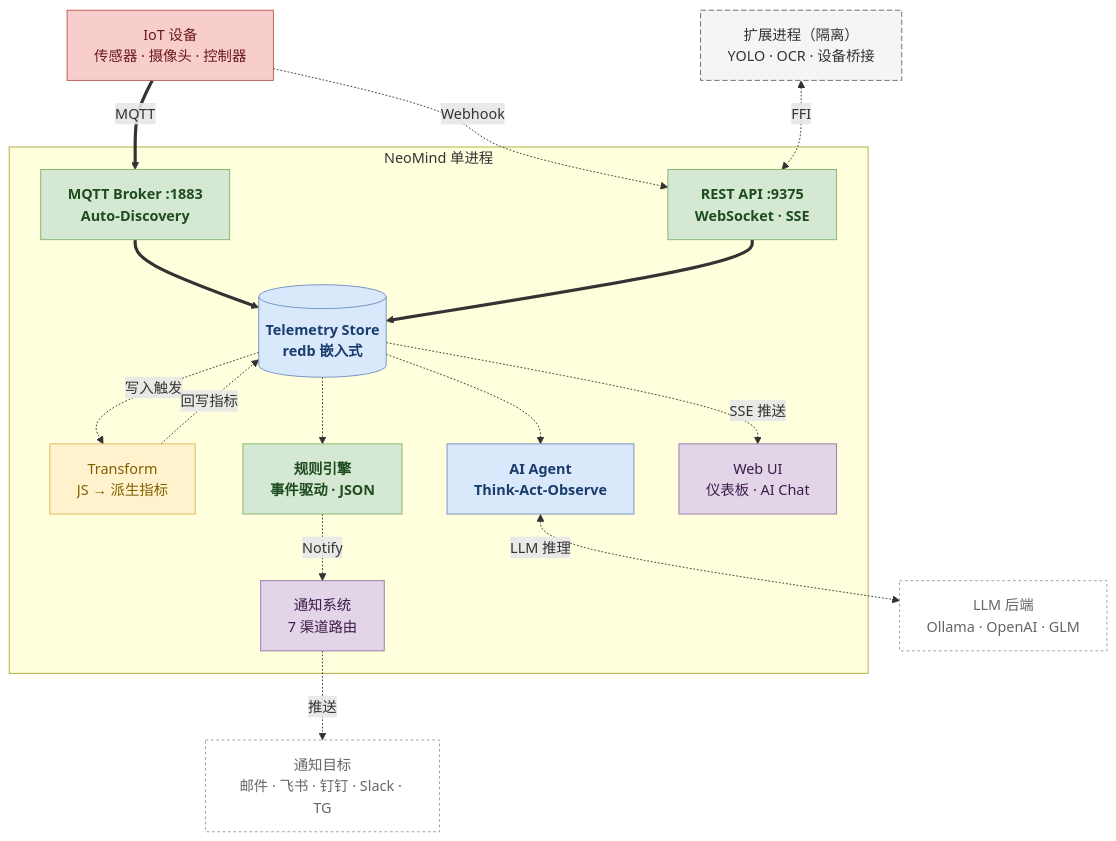
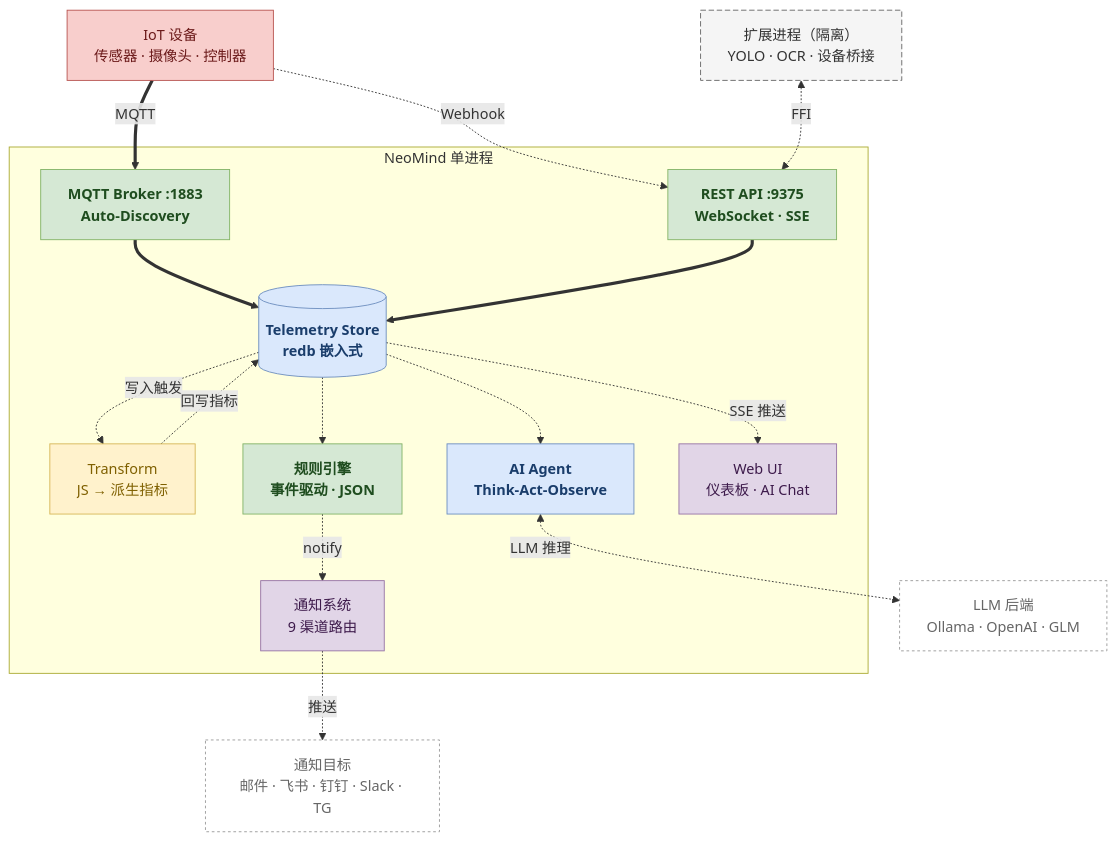
The first of 5 diagrams in docs/0-neomind/concepts/2-core-concepts.md (camthink-ai/wiki-documents), drawn with Mermaid before and after one commit. The commit also changed other lines of this file and 85 other files, not shown here.

````diff
--- a/docs/0-neomind/concepts/2-core-concepts.md
+++ b/docs/0-neomind/concepts/2-core-concepts.md
@@ -20,42 +20,42 @@
 ```mermaid
 flowchart TB
     subgraph neo["NeoMind 单进程"]
         MQTT["MQTT Broker :1883<br/>Auto-Discovery"]:::core
         API["REST API :9375<br/>WebSocket · SSE"]:::core
         STORE[("Telemetry Store<br/>redb 嵌入式")]:::store
         TRANSFORM["Transform<br/>JS → 派生指标"]:::pipeline
         RULE["规则引擎<br/>事件驱动 · JSON"]:::core
         AGENT["AI Agent<br/>Think-Act-Observe"]:::ai
         WEBUI["Web UI<br/>仪表板 · AI Chat"]:::consumer
-        MSG["通知系统<br/>7 渠道路由"]:::consumer
+        MSG["通知系统<br/>9 渠道路由"]:::consumer
 
         MQTT ==> STORE
         API ==> STORE
         STORE -.->|"写入触发"| TRANSFORM
         TRANSFORM -.->|"回写指标"| STORE
         STORE -.-> RULE
         STORE -.-> AGENT
-        RULE -.->|"Notify"| MSG
+        RULE -.->|"notify"| MSG
         STORE -.->|"SSE 推送"| WEBUI
     end
 
     DEV["IoT 设备<br/>传感器 · 摄像头 · 控制器"]:::device
     LLM["LLM 后端<br/>Ollama · OpenAI · GLM"]:::external
     EXT["扩展进程（隔离）<br/>YOLO · OCR · 设备桥接"]:::extension
     TARGET["通知目标<br/>邮件 · 飞书 · 钉钉 · Slack · TG"]:::external
 
     DEV ==>|"MQTT"| MQTT
     DEV -.->|"Webhook"| API
     AGENT <-.->|"LLM 推理"| LLM
     EXT <-.->|"FFI"| API
     MSG -.->|"推送"| TARGET
 
     classDef core fill:#d5e8d4,stroke:#82b366,color:#1f4d1f,font-weight:bold
     classDef store fill:#dae8fc,stroke:#6c8ebf,color:#1a3d6b,font-weight:bold
     classDef device fill:#f8cecc,stroke:#b85450,color:#6b1a1a
     classDef pipeline fill:#fff2cc,stroke:#d6b656,color:#7f6000
     classDef extension fill:#f5f5f5,stroke:#666,stroke-dasharray:6 3,color:#333
     classDef consumer fill:#e1d5e7,stroke:#9673a6,color:#3d1a4b
     classDef ai fill:#dae8fc,stroke:#6c8ebf,color:#1a3d6b,font-weight:bold
     classDef external fill:#fff,stroke:#999,stroke-dasharray:3 3,color:#666
 ```
````
